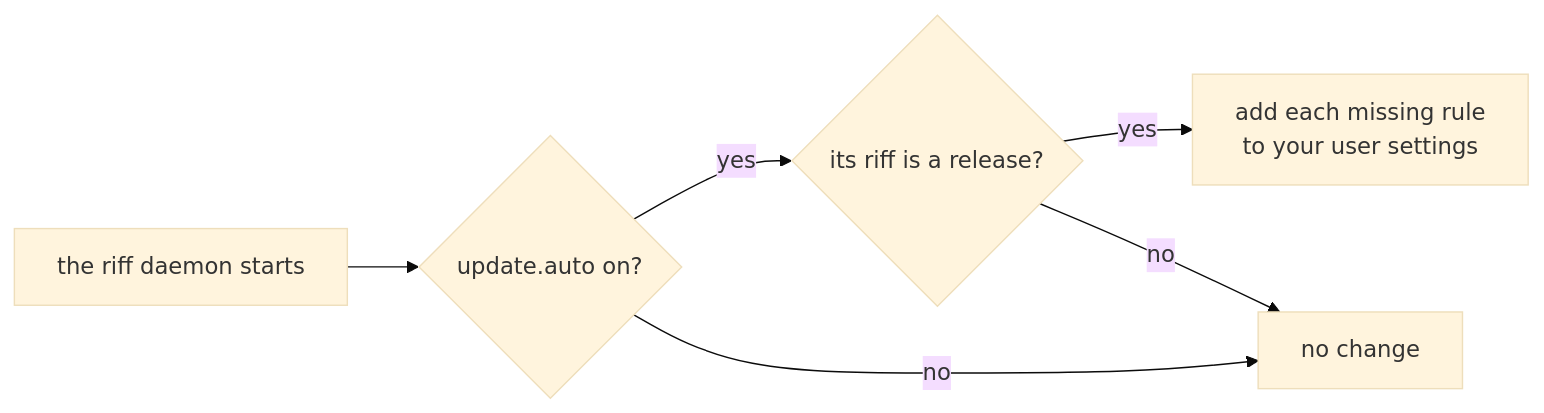
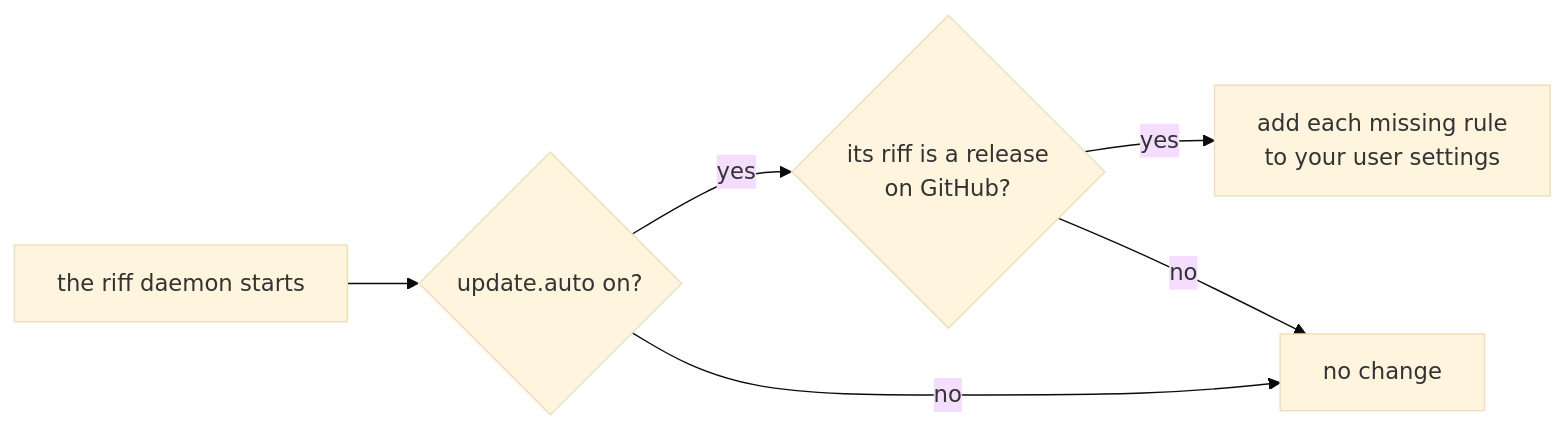
Before and after one commit to como-technologies/riff: the third of 3 diagrams in docs/src/start-a-riff.md, drawn with Mermaid (base theme). The commit also changed other lines of this file and 4 other files, not shown here.

Commit message:
The sync of the rules reads SHA256SUMS only from the GitHub release: with RIFF_RELEASES set, it changes no rule

````diff
--- a/docs/src/start-a-riff.md
+++ b/docs/src/start-a-riff.md
@@ -312,8 +312,8 @@
 ```mermaid
 flowchart LR
     S["the riff daemon starts"] --> A{"update.auto on?"}
-    A -- "yes" --> R{"its riff is a release?"}
+    A -- "yes" --> R{"its riff is a release<br/>on GitHub?"}
     R -- "yes" --> W["add each missing rule<br/>to your user settings"]
     A -- "no" --> N["no change"]
     R -- "no" --> N
 ```
````
